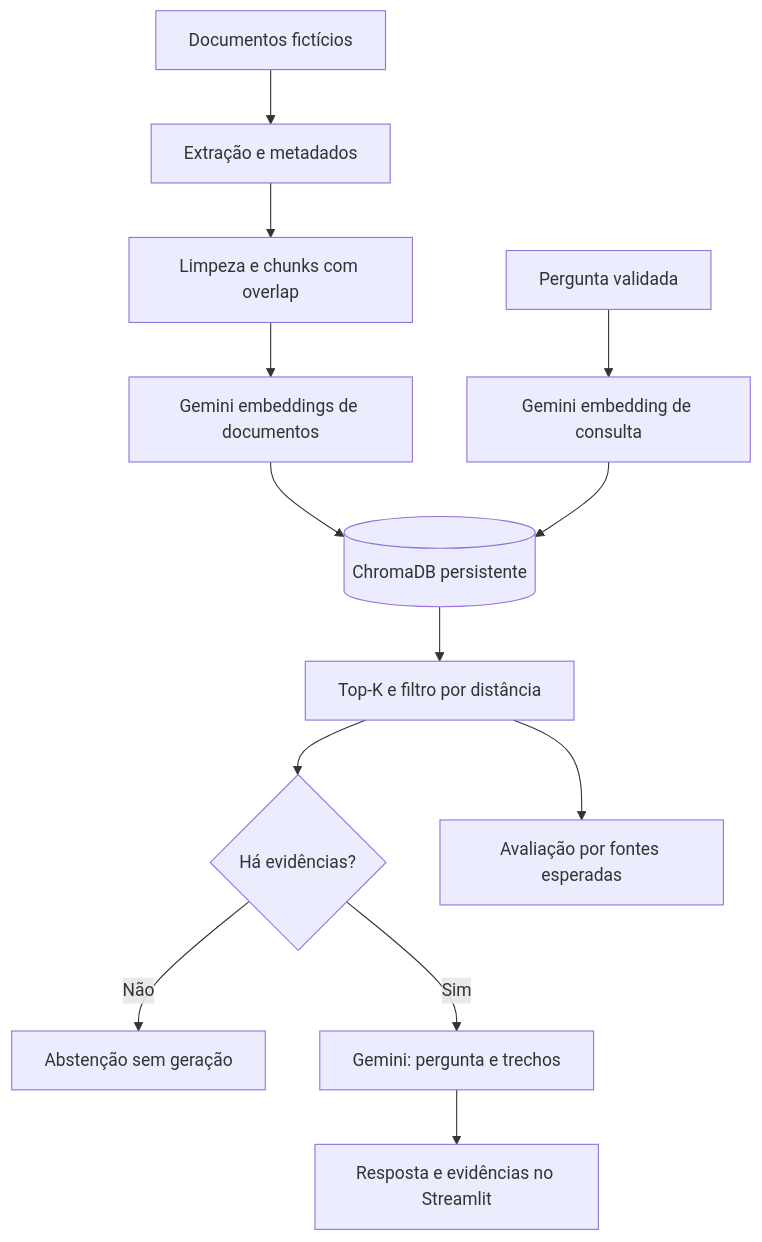
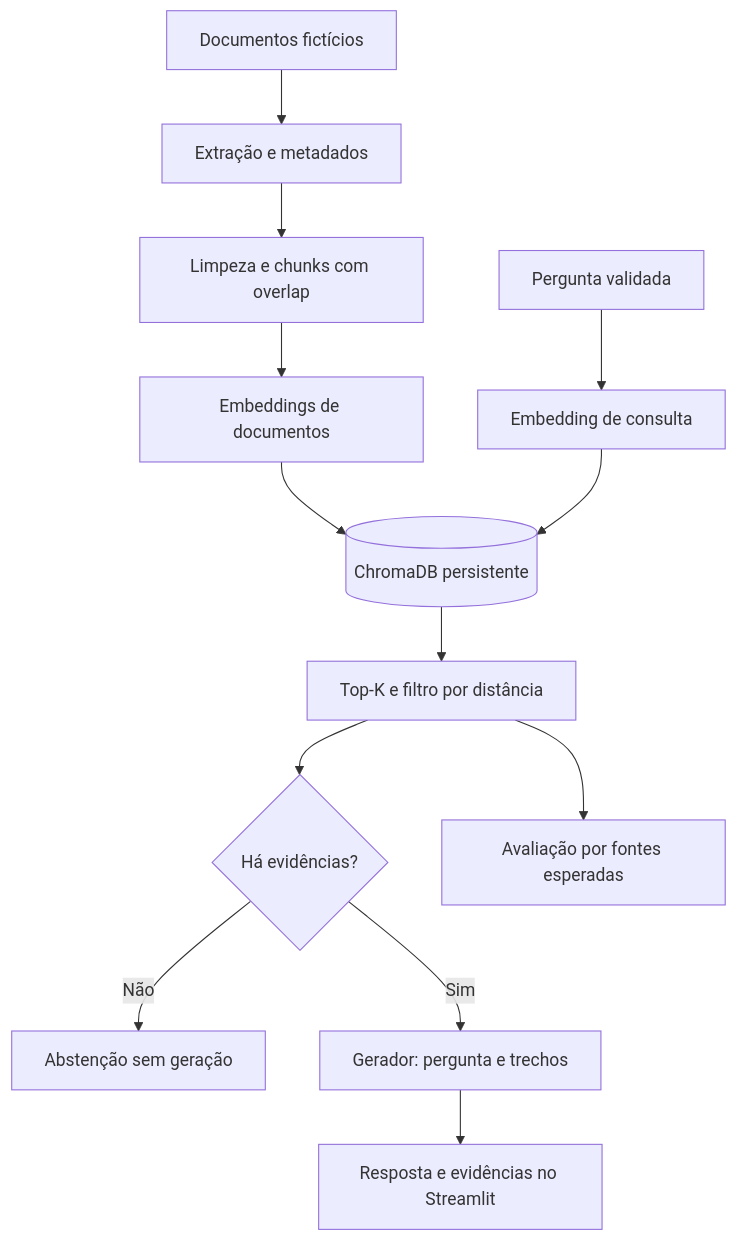
One commit to PxS00/nexa-policy changed the diagram in README.md. Above: the diagram before and after it, drawn with Mermaid. The commit also changed other lines of this file and 25 other files, not shown here.

````diff
--- a/README.md
+++ b/README.md
@@ -25,15 +25,15 @@
 ```mermaid
 flowchart TD
     A[Documentos fictícios] --> B[Extração e metadados]
     B --> C[Limpeza e chunks com overlap]
-    C --> D[Gemini embeddings de documentos]
+    C --> D[Embeddings de documentos]
     D --> E[(ChromaDB persistente)]
-    Q[Pergunta validada] --> F[Gemini embedding de consulta]
+    Q[Pergunta validada] --> F[Embedding de consulta]
     F --> E
     E --> G[Top-K e filtro por distância]
     G --> H{Há evidências?}
     H -- Não --> I[Abstenção sem geração]
-    H -- Sim --> J[Gemini: pergunta e trechos]
+    H -- Sim --> J[Gerador: pergunta e trechos]
     J --> K[Resposta e evidências no Streamlit]
     G --> L[Avaliação por fontes esperadas]
 ```
````
